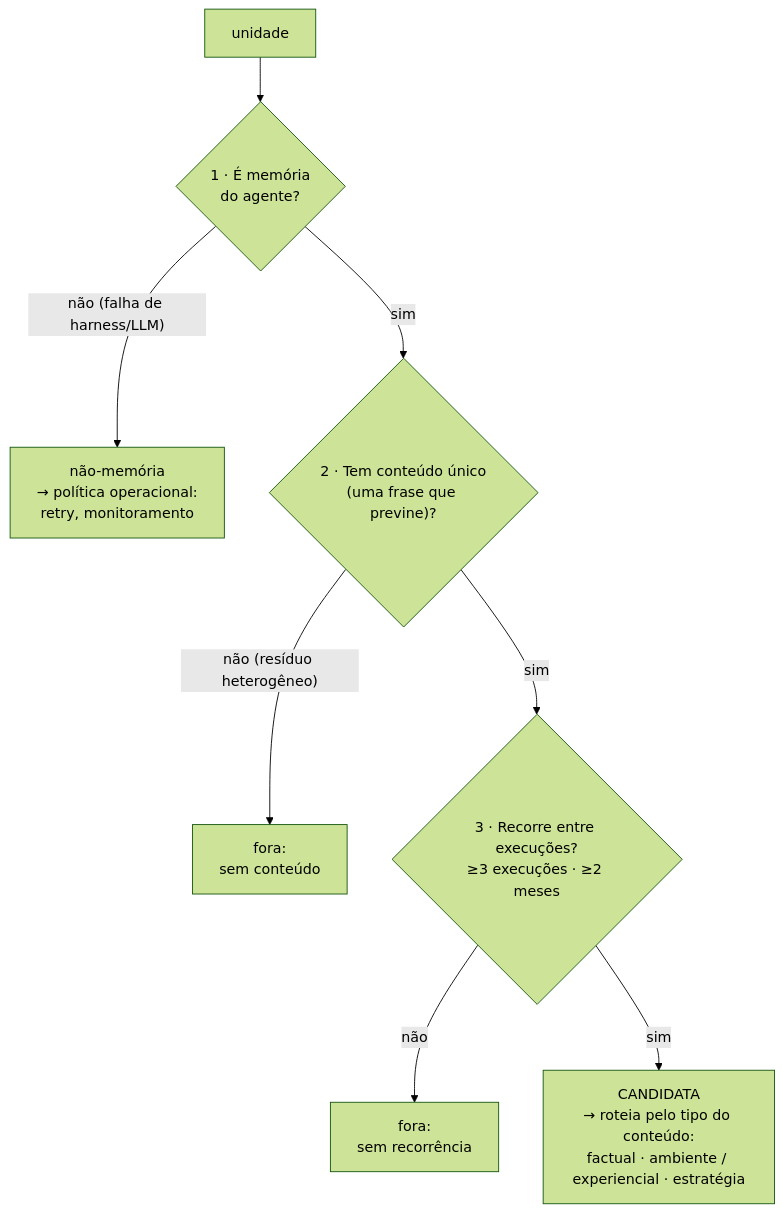
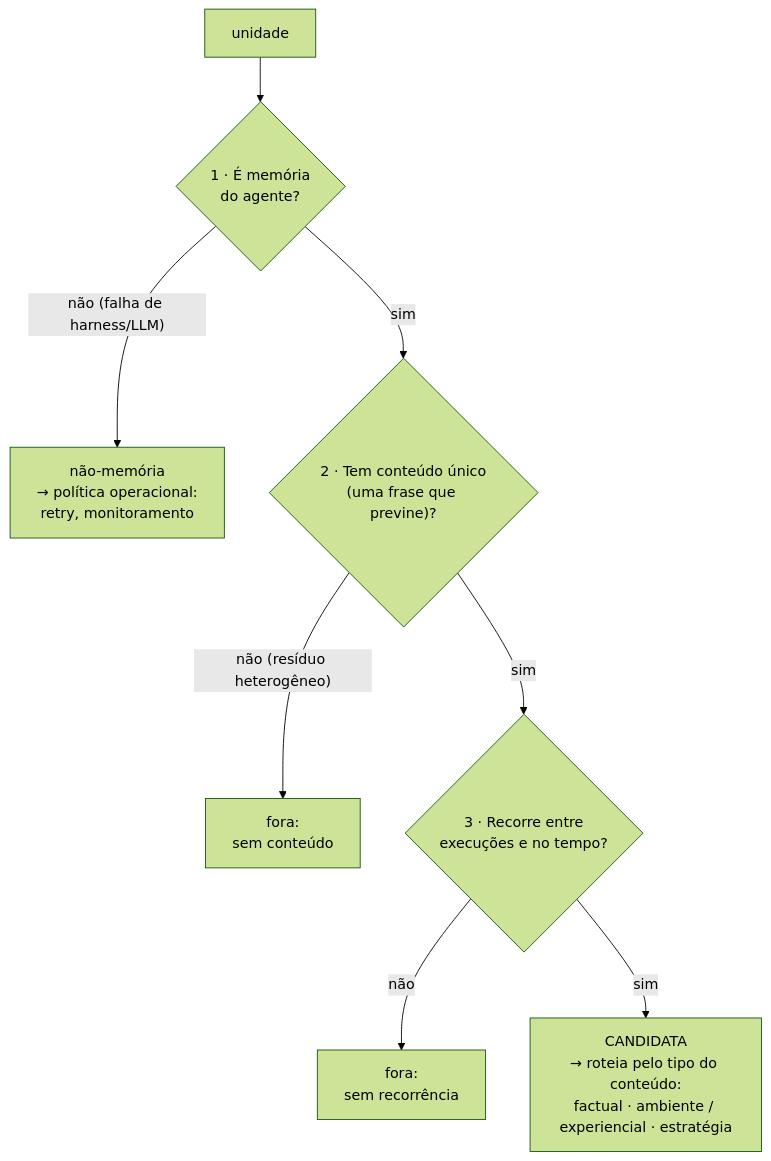
Before and after one commit to rc-ventura/memory_layer_ai_agents: the fourth of 6 diagrams in discussion/hipoteses/trace-error-taxonomy-methodology/general-error-taxonomy-methodology.md, drawn with Mermaid (forest theme). The commit also changed other lines of this file and 7 other files, not shown here.

First line of the commit message:
docs: add error-genealogy methodology to CLAUDE.md index + cross-link schema/instantiation/reusable-code

````diff
--- a/discussion/hipoteses/trace-error-taxonomy-methodology/general-error-taxonomy-methodology.md
+++ b/discussion/hipoteses/trace-error-taxonomy-methodology/general-error-taxonomy-methodology.md
@@ -283,10 +220,10 @@
 ```mermaid
 flowchart TD
     U["unidade"] --> Q1{"1 · É memória<br/>do agente?"}
     Q1 -->|"não (falha de harness/LLM)"| NM["não-memória<br/>→ política operacional:<br/>retry, monitoramento"]
     Q1 -->|"sim"| Q2{"2 · Tem conteúdo único<br/>(uma frase que previne)?"}
     Q2 -->|"não (resíduo heterogêneo)"| OUT1["fora:<br/>sem conteúdo"]
-    Q2 -->|"sim"| Q3{"3 · Recorre entre execuções?<br/>≥3 execuções · ≥2 meses"}
+    Q2 -->|"sim"| Q3{"3 · Recorre entre<br/>execuções e no tempo?"}
     Q3 -->|"não"| OUT2["fora:<br/>sem recorrência"]
     Q3 -->|"sim"| CAND["CANDIDATA<br/>→ roteia pelo tipo do conteúdo:<br/>factual · ambiente / experiencial · estratégia"]
 ```
````
